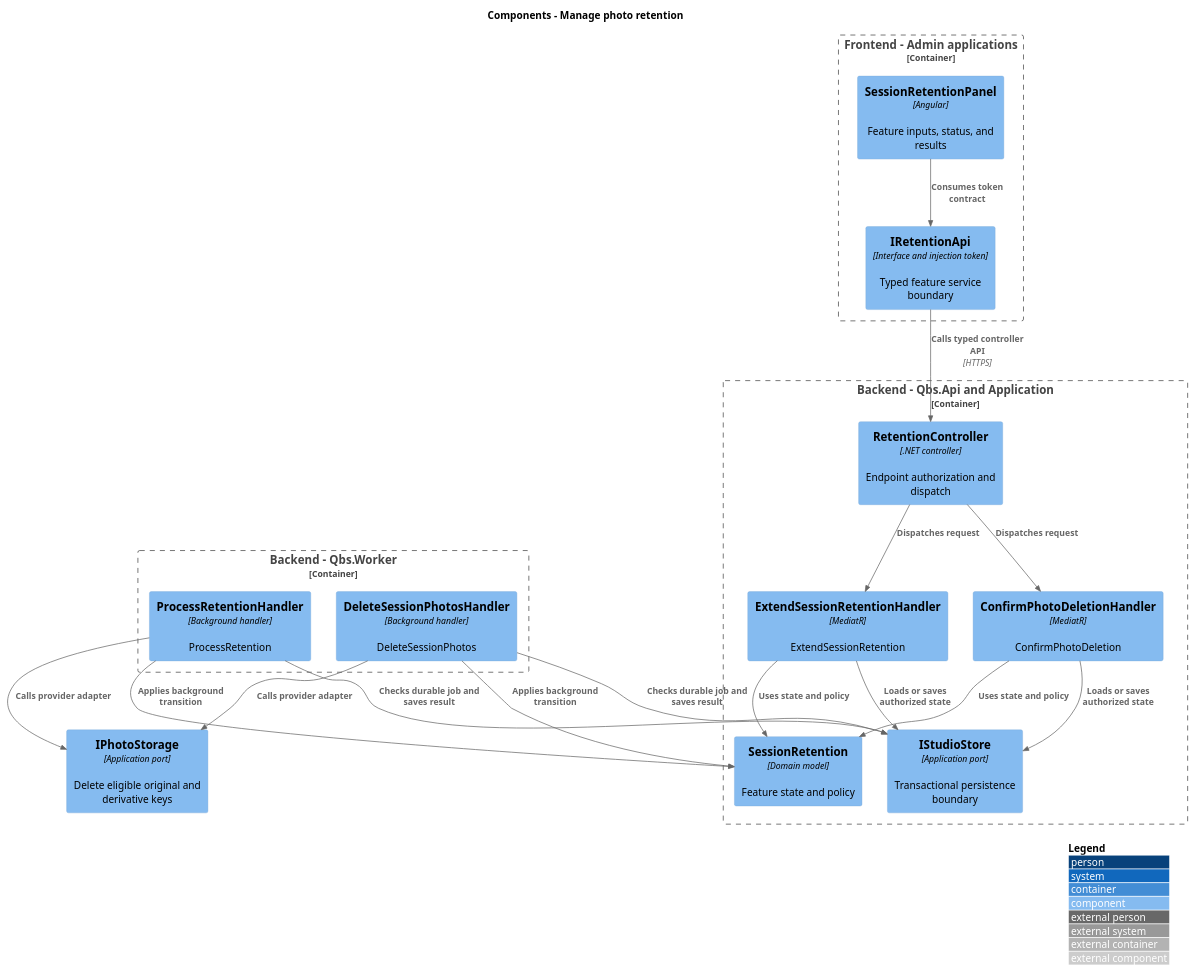
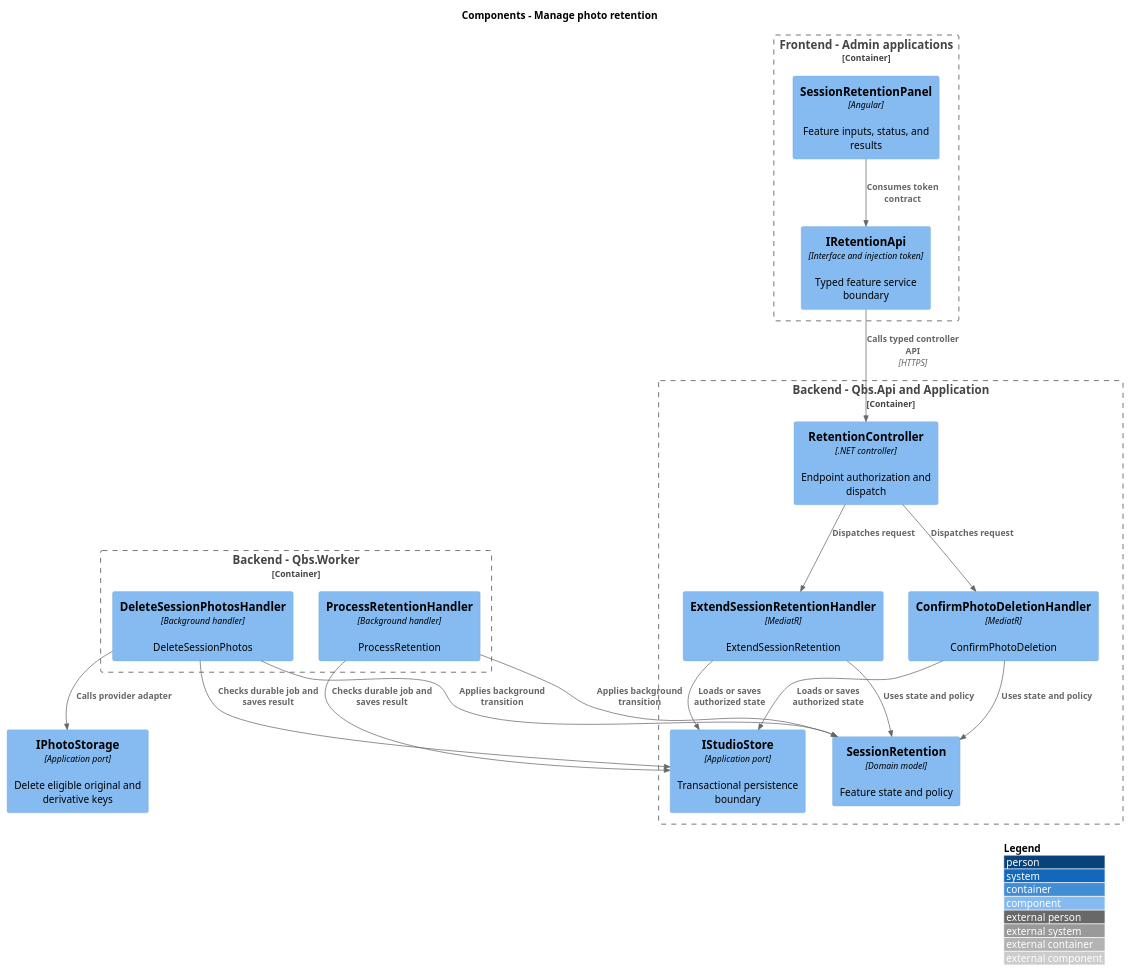
One commit to QuinntyneBrown/quinntyne-brown-studio changed the diagram in docs/detailed-designs/session-photos/manage-photo-retention/diagrams/c4-component.puml. Above: the diagram before and after it, drawn with PlantUML. The commit also changed 51 other files, not shown here.

```diff
--- a/docs/detailed-designs/session-photos/manage-photo-retention/diagrams/c4-component.puml
+++ b/docs/detailed-designs/session-photos/manage-photo-retention/diagrams/c4-component.puml
@@ -1,35 +1,34 @@
 @startuml
 !include <C4/C4_Component>
 LAYOUT_WITH_LEGEND()
 title Components - Manage photo retention
 Container_Boundary(frontend, "Frontend - Admin applications") {
  Component(page, "SessionRetentionPanel", "Angular", "Feature inputs, status, and results")
  Component(client, "IRetentionApi", "Interface and injection token", "Typed feature service boundary")
 }
 Container_Boundary(api, "Backend - Qbs.Api and Application") {
  Component(ctrl, "RetentionController", ".NET controller", "Endpoint authorization and dispatch")
  Component(handler0, "ExtendSessionRetentionHandler", "MediatR", "ExtendSessionRetention")
  Component(handler1, "ConfirmPhotoDeletionHandler", "MediatR", "ConfirmPhotoDeletion")
  Component(entity, "SessionRetention", "Domain model", "Feature state and policy")
  Component(store, "IStudioStore", "Application port", "Transactional persistence boundary")
 }
 Container_Boundary(worker, "Backend - Qbs.Worker") {
  Component(job0, "ProcessRetentionHandler", "Background handler", "ProcessRetention")
  Component(job1, "DeleteSessionPhotosHandler", "Background handler", "DeleteSessionPhotos")
 }
 Rel(page, client, "Consumes token contract")
 Rel(client, ctrl, "Calls typed controller API", "HTTPS")
 Rel(ctrl, handler0, "Dispatches request")
 Rel(handler0, entity, "Uses state and policy")
 Rel(handler0, store, "Loads or saves authorized state")
 Rel(ctrl, handler1, "Dispatches request")
 Rel(handler1, entity, "Uses state and policy")
 Rel(handler1, store, "Loads or saves authorized state")
 Rel(job0, entity, "Applies background transition")
 Rel(job0, store, "Checks durable job and saves result")
 Rel(job1, entity, "Applies background transition")
 Rel(job1, store, "Checks durable job and saves result")
 Component(ext, "IPhotoStorage", "Application port", "Delete eligible original and derivative keys")
-Rel(job0, ext, "Calls provider adapter")
 Rel(job1, ext, "Calls provider adapter")
 @enduml
```
